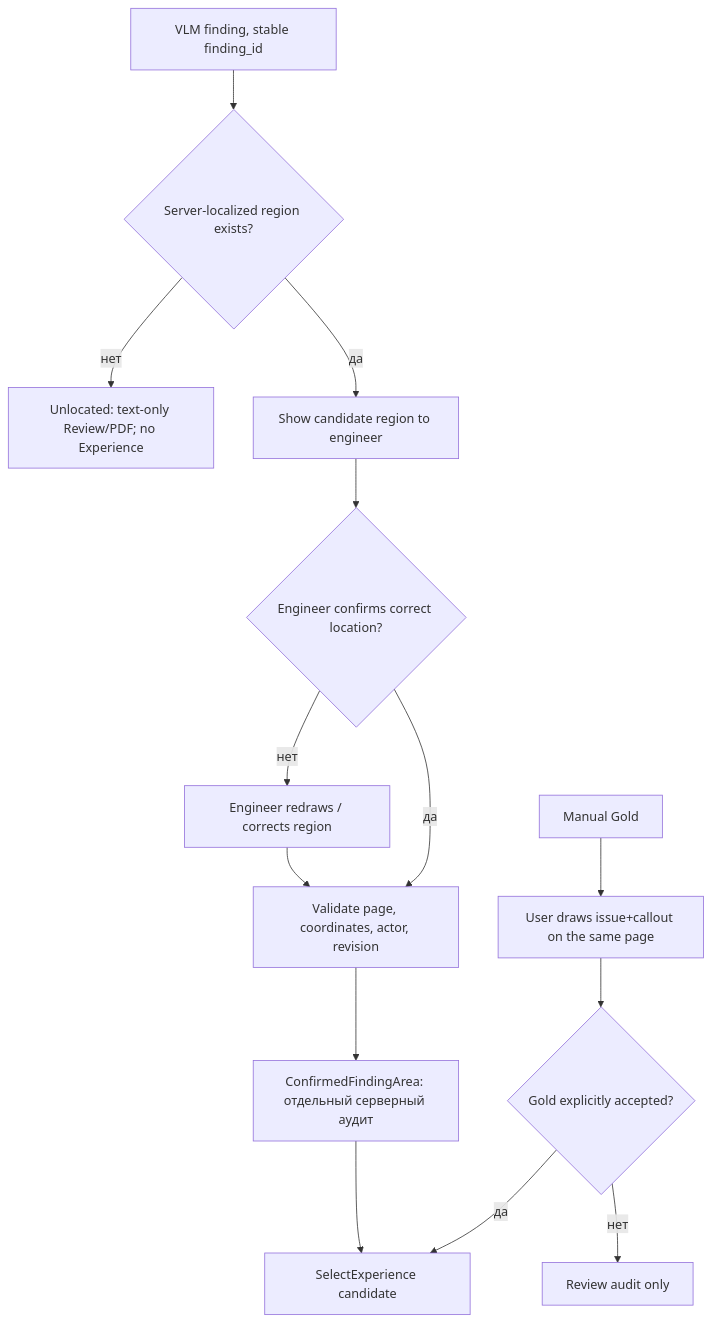
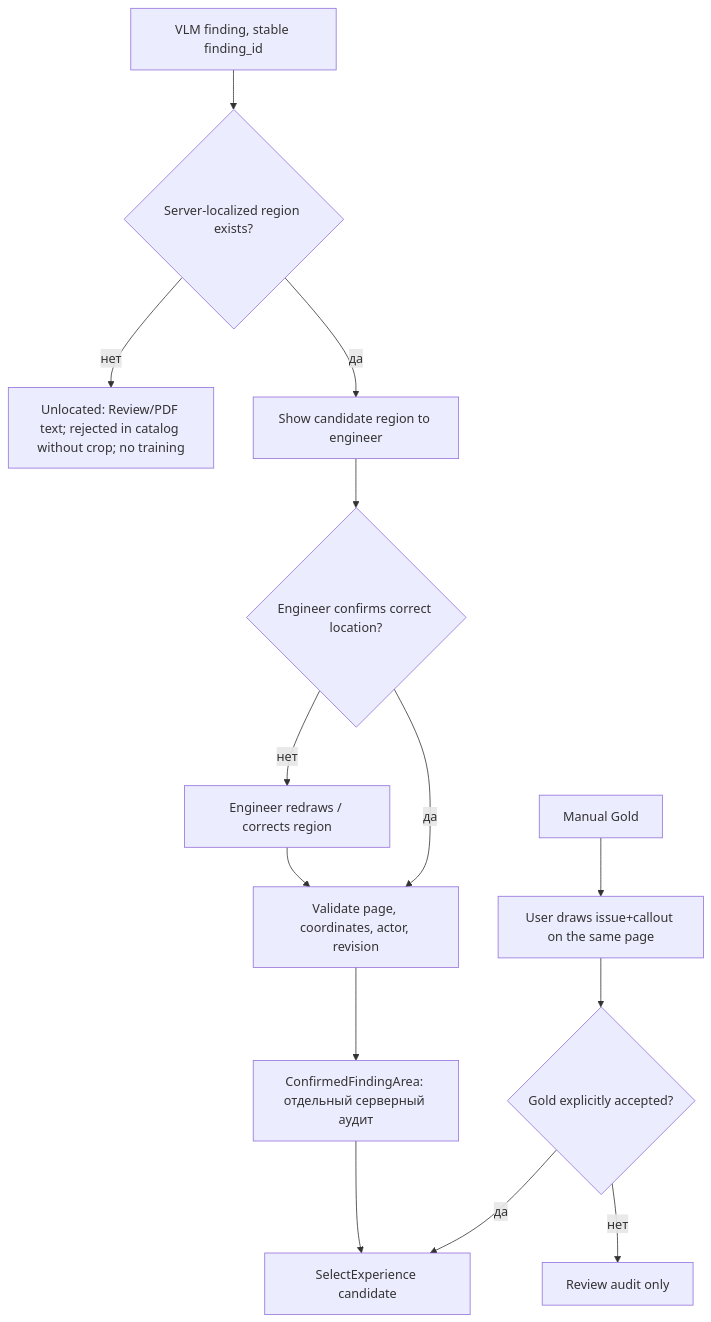
One commit to Amadu-A/PDRD-validation changed diagram 12 of 15 in README.md. Above: the diagram before and after it, drawn with Mermaid. The commit also changed other lines of this file and 86 other files, not shown here.

````diff
--- a/README.md
+++ b/README.md
@@ -613,16 +621,16 @@
 ```mermaid
 flowchart TD
     F["VLM finding, stable finding_id"] --> S{"Server-localized region exists?"}
-    S -->|нет| U["Unlocated: text-only Review/PDF; no Experience"]
+    S -->|нет| U["Unlocated: Review/PDF text; rejected in catalog without crop; no training"]
     S -->|да| C["Show candidate region to engineer"]
     C --> CONF{"Engineer confirms correct location?"}
     CONF -->|нет| FIX["Engineer redraws / corrects region"]
     FIX --> RECONF["Validate page, coordinates, actor, revision"]
     CONF -->|да| RECONF
     RECONF --> AREA["ConfirmedFindingArea: отдельный серверный аудит"]
     AREA --> PICK["SelectExperience candidate"]
     G["Manual Gold"] --> M["User draws issue+callout on the same page"]
     M --> A{"Gold explicitly accepted?"}
     A -->|нет| LOG["Review audit only"]
     A -->|да| PICK
 ```
````
